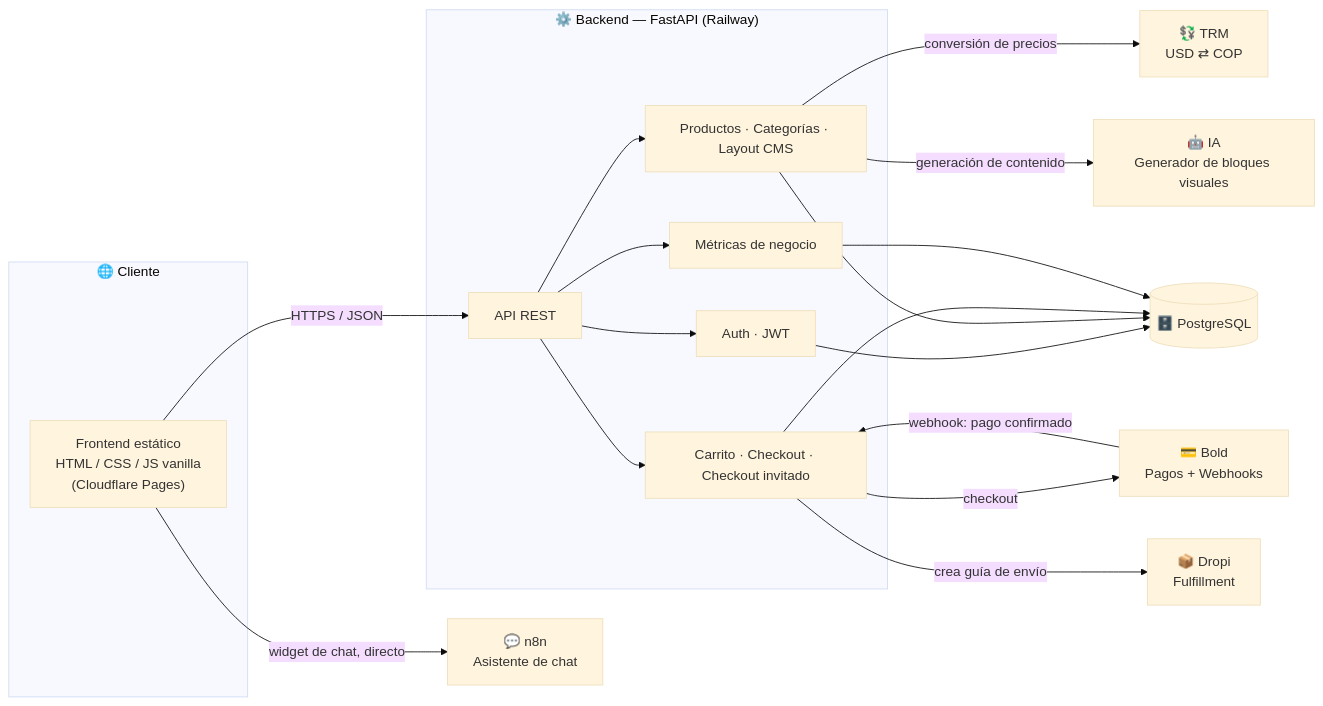
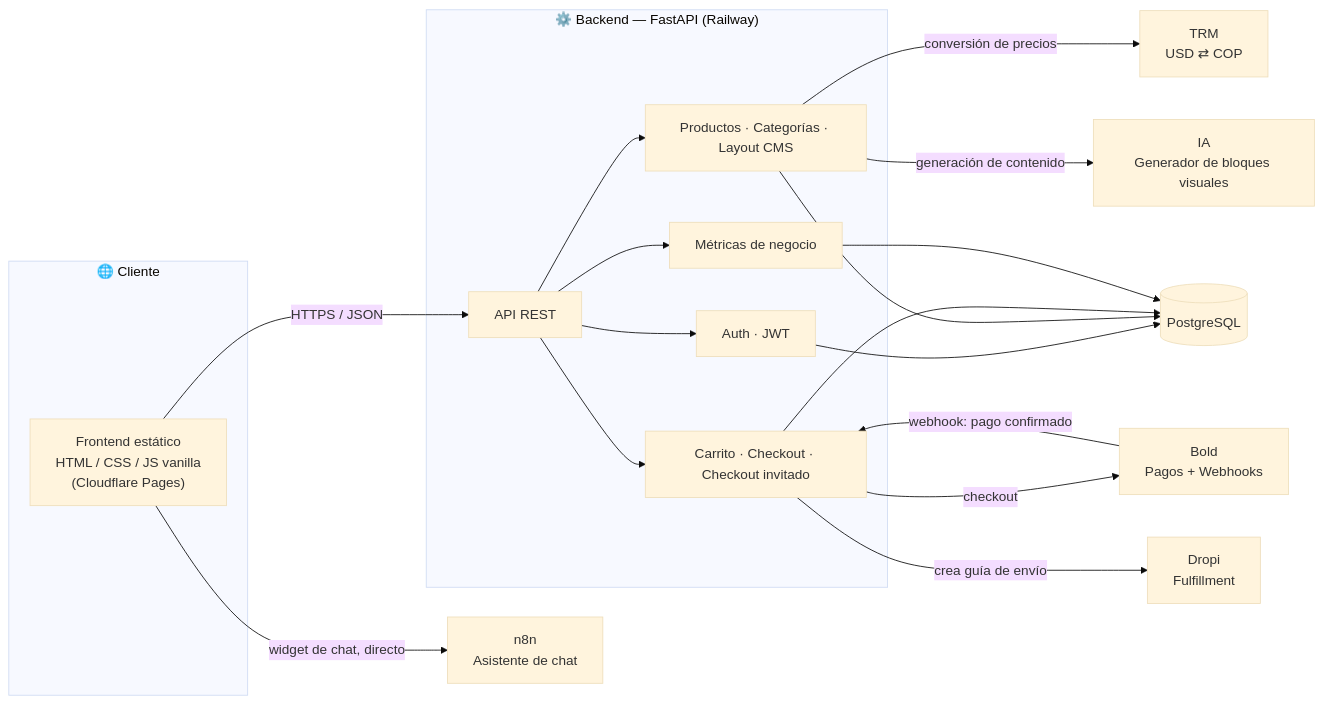
Before and after one commit to Afelipecanop/Velonox: the diagram in README.md, drawn with Mermaid (base theme). The commit also changed other lines of this file and 14 other files, not shown here.

````diff
--- a/README.md
+++ b/README.md
@@ -66,34 +67,34 @@
 ```mermaid
 flowchart LR
     subgraph Cliente["🌐 Cliente"]
         FE["Frontend estático\nHTML / CSS / JS vanilla\n(Cloudflare Pages)"]
     end
 
     subgraph Servidor["⚙️ Backend — FastAPI (Railway)"]
         API["API REST"]
         AUTH["Auth · JWT"]
         CATALOG["Productos · Categorías · Layout CMS"]
         CART["Carrito · Checkout · Checkout invitado"]
         METRICS["Métricas de negocio"]
     end
 
-    DB[("🗄️ PostgreSQL")]
-    BOLD["💳 Bold\nPagos + Webhooks"]
-    DROPI["📦 Dropi\nFulfillment"]
-    TRM["💱 TRM\nUSD ⇄ COP"]
-    AI["🤖 IA\nGenerador de bloques visuales"]
-    N8N["💬 n8n\nAsistente de chat"]
+    DB[(" PostgreSQL")]
+    BOLD[" Bold\nPagos + Webhooks"]
+    DROPI[" Dropi\nFulfillment"]
+    TRM[" TRM\nUSD ⇄ COP"]
+    AI[" IA\nGenerador de bloques visuales"]
+    N8N[" n8n\nAsistente de chat"]
 
     FE -->|HTTPS / JSON| API
     API --> AUTH & CATALOG & CART & METRICS
     AUTH --> DB
     CATALOG --> DB
     CART --> DB
     METRICS --> DB
     CART -->|checkout| BOLD
     BOLD -->|webhook: pago confirmado| CART
     CART -->|crea guía de envío| DROPI
     CATALOG -->|conversión de precios| TRM
     CATALOG -->|generación de contenido| AI
     FE -->|widget de chat, directo| N8N
 ```
````
